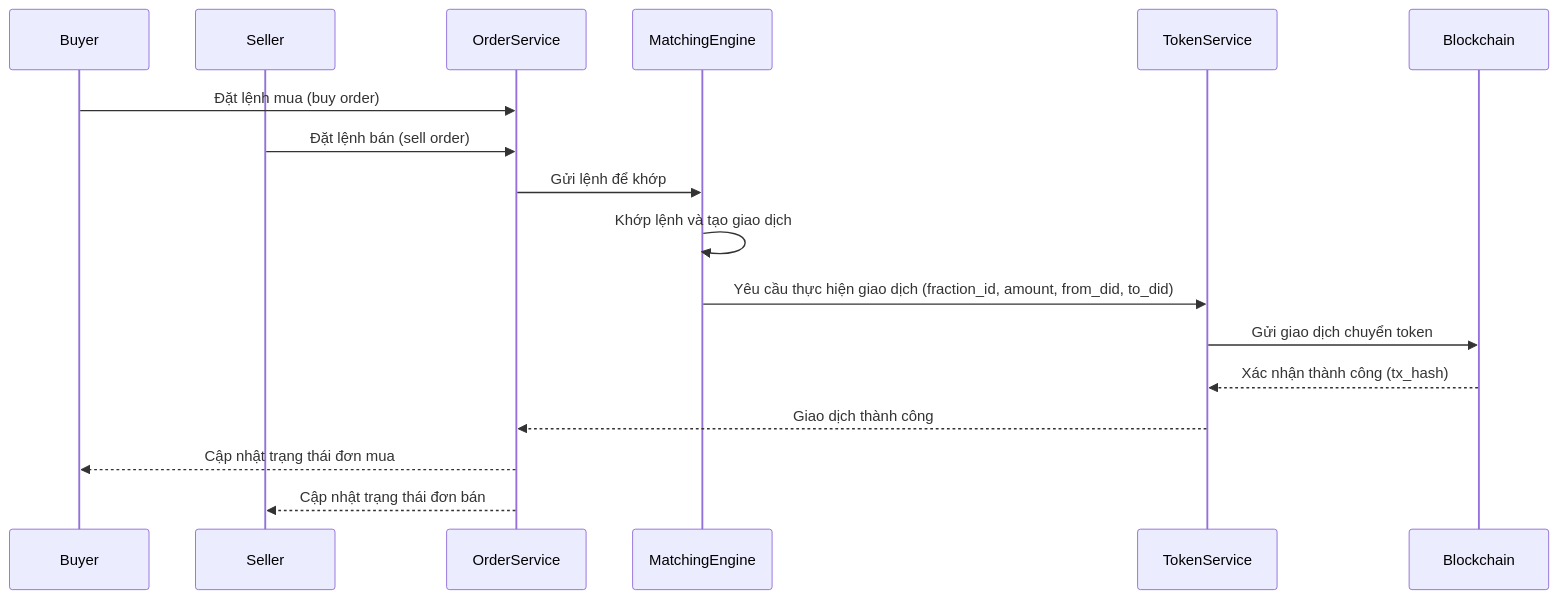
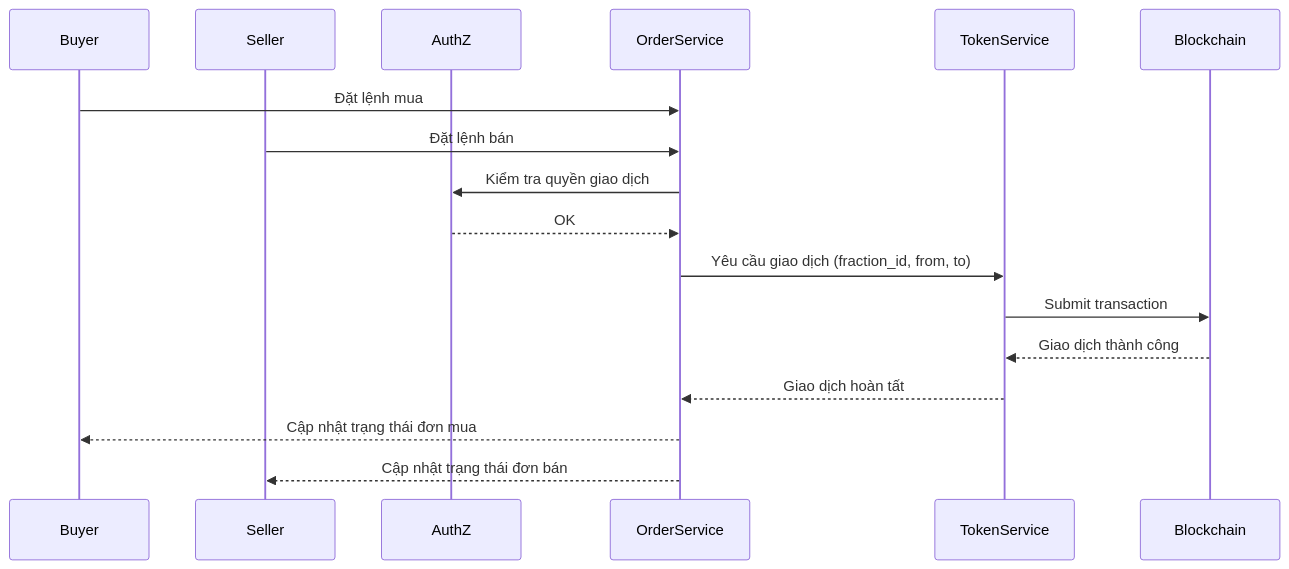
Before and after one commit to metafi-blockchain/metafi-digital-assets-service: the sixth of 7 diagrams in docs/rd.vi.md, drawn with Mermaid. The commit also changed other lines of this file, not shown here.

````diff
--- a/docs/rd.vi.md
+++ b/docs/rd.vi.md
@@ -531,23 +539,22 @@
 ```mermaid
 sequenceDiagram
     participant Buyer
     participant Seller
+    participant AuthZ
     participant OrderService
-    participant MatchingEngine
     participant TokenService
     participant Blockchain
 
-    Buyer->>OrderService: Đặt lệnh mua (buy order)
-    Seller->>OrderService: Đặt lệnh bán (sell order)
+    Buyer->>OrderService: Đặt lệnh mua
+    Seller->>OrderService: Đặt lệnh bán
 
-    OrderService->>MatchingEngine: Gửi lệnh để khớp
-    MatchingEngine->>MatchingEngine: Khớp lệnh và tạo giao dịch
-    MatchingEngine->>TokenService: Yêu cầu thực hiện giao dịch (fraction_id, amount, from_did, to_did)
+    OrderService->>AuthZ: Kiểm tra quyền giao dịch
+    AuthZ-->>OrderService: OK
 
-    TokenService->>Blockchain: Gửi giao dịch chuyển token
-    Blockchain-->>TokenService: Xác nhận thành công (tx_hash)
-
-    TokenService-->>OrderService: Giao dịch thành công
+    OrderService->>TokenService: Yêu cầu giao dịch (fraction_id, from, to)
+    TokenService->>Blockchain: Submit transaction
+    Blockchain-->>TokenService: Giao dịch thành công
+    TokenService-->>OrderService: Giao dịch hoàn tất
     OrderService-->>Buyer: Cập nhật trạng thái đơn mua
     OrderService-->>Seller: Cập nhật trạng thái đơn bán
 ```
````
